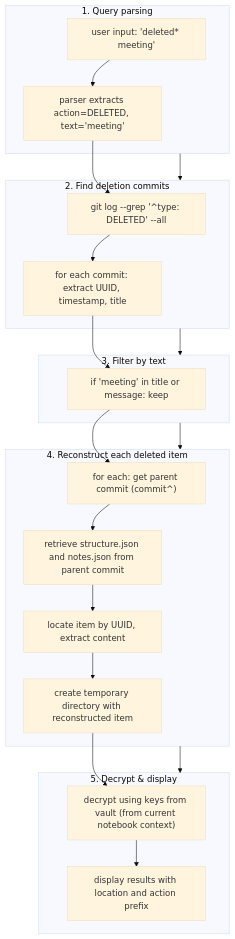
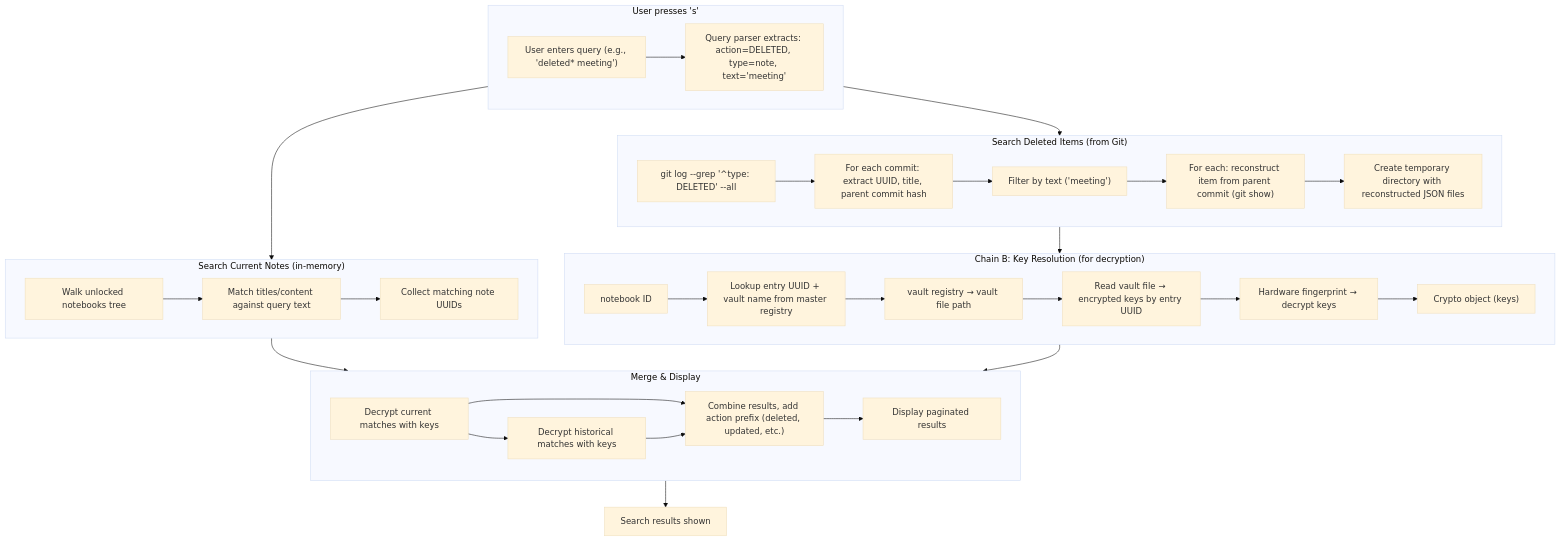
Before and after one commit to sys-ronin/rough_docu: the third of 4 diagrams in UUID.md, drawn with Mermaid (base theme). The commit also changed other lines of this file, not shown here.

````diff
--- a/UUID.md
+++ b/UUID.md
@@ -160,29 +143,39 @@
 ```mermaid
 flowchart TD
-    subgraph Step1["1. Query parsing"]
-        A["user input: 'deleted* meeting'"] --> B["parser extracts action=DELETED, text='meeting'"]
+    subgraph UserInitiated["User presses 's'"]
+        A1["User enters query (e.g., 'deleted* meeting')"] --> A2["Query parser extracts: action=DELETED, type=note, text='meeting'"]
     end
 
-    subgraph Step2["2. Find deletion commits"]
-        B --> C["git log --grep '^type: DELETED' --all"]
-        C --> D["for each commit: extract UUID, timestamp, title"]
+    subgraph CurrentSearch["Search Current Notes (in‑memory)"]
+        B1["Walk unlocked notebooks tree"] --> B2["Match titles/content against query text"]
+        B2 --> B3["Collect matching note UUIDs"]
     end
 
-    subgraph Step3["3. Filter by text"]
-        D --> E["if 'meeting' in title or message: keep"]
+    subgraph HistoricalSearch["Search Deleted Items (from Git)"]
+        C1["git log --grep '^type: DELETED' --all"] --> C2["For each commit: extract UUID, title, parent commit hash"]
+        C2 --> C3["Filter by text ('meeting')"]
+        C3 --> C4["For each: reconstruct item from parent commit (git show)"]
+        C4 --> C5["Create temporary directory with reconstructed JSON files"]
     end
 
-    subgraph Step4["4. Reconstruct each deleted item"]
-        E --> F["for each: get parent commit (commit^)"]
-        F --> G["retrieve structure.json and notes.json from parent commit"]
-        G --> H["locate item by UUID, extract content"]
-        H --> I["create temporary directory with reconstructed item"]
+    subgraph ChainB["Chain B: Key Resolution (for decryption)"]
+        D1["notebook ID"] --> D2["Lookup entry UUID + vault name from master registry"]
+        D2 --> D3["vault registry → vault file path"]
+        D3 --> D4["Read vault file → encrypted keys by entry UUID"]
+        D4 --> D5["Hardware fingerprint → decrypt keys"]
+        D5 --> D6["Crypto object (keys)"]
     end
 
-    subgraph Step5["5. Decrypt & display"]
-        I --> J["decrypt using keys from vault (from current notebook context)"]
-        J --> K["display results with location and action prefix"]
+    subgraph Merge["Merge & Display"]
+        E1["Decrypt current matches with keys"] --> E2["Decrypt historical matches with keys"]
+        E1 & E2 --> E3["Combine results, add action prefix (deleted, updated, etc.)"]
+        E3 --> E4["Display paginated results"]
     end
 
-    Step1 --> Step2 --> Step3 --> Step4 --> Step5
+    UserInitiated --> CurrentSearch
+    UserInitiated --> HistoricalSearch
+    CurrentSearch --> Merge
+    HistoricalSearch --> ChainB
+    ChainB --> Merge
+    Merge --> Done["Search results shown"]
 ```
````
